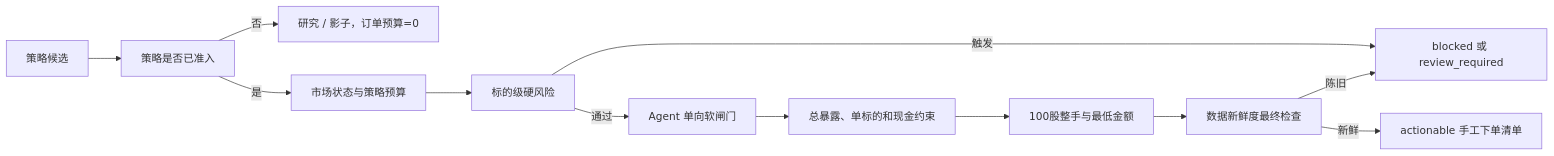
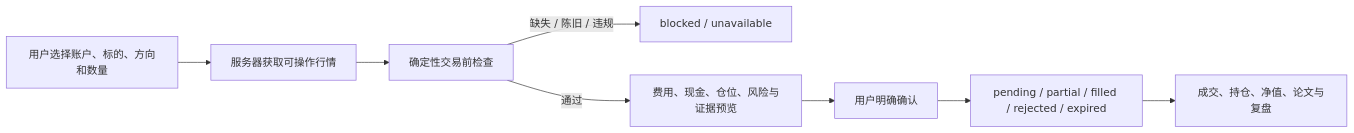
The fourth of 4 diagrams in docs/handbook/03_ARCHITECTURE_AND_DATA_FLOW.md (guoohhh/quantlab), drawn with Mermaid before and after one commit. The commit also changed other lines of this file and 229 other files, not shown here.

````diff
--- a/docs/handbook/03_ARCHITECTURE_AND_DATA_FLOW.md
+++ b/docs/handbook/03_ARCHITECTURE_AND_DATA_FLOW.md
@@ -280,14 +164,10 @@
 ```mermaid
 flowchart LR
-    A["策略候选"] --> B["策略是否已准入"]
-    B -->|否| C["研究 / 影子，订单预算=0"]
-    B -->|是| D["市场状态与策略预算"]
-    D --> E["标的级硬风险"]
-    E -->|触发| F["blocked 或 review_required"]
-    E -->|通过| G["Agent 单向软闸门"]
-    G --> H["总暴露、单标的和现金约束"]
-    H --> I["100股整手与最低金额"]
-    I --> J["数据新鲜度最终检查"]
-    J -->|陈旧| F
-    J -->|新鲜| K["actionable 手工下单清单"]
+    A["用户选择账户、标的、方向和数量"] --> B["服务器获取可操作行情"]
+    B --> C["确定性交易前检查"]
+    C -->|缺失 / 陈旧 / 违规| D["blocked / unavailable"]
+    C -->|通过| E["费用、现金、仓位、风险与证据预览"]
+    E --> F["用户明确确认"]
+    F --> G["pending / partial / filled / rejected / expired"]
+    G --> H["成交、持仓、净值、论文与复盘"]
 ```
````
